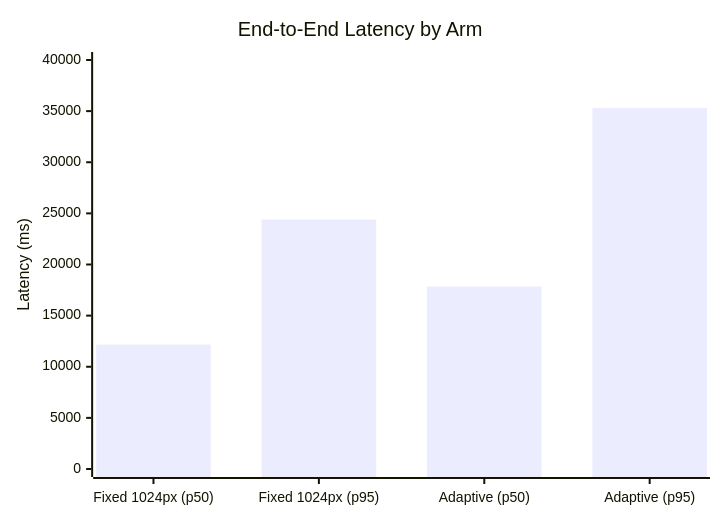
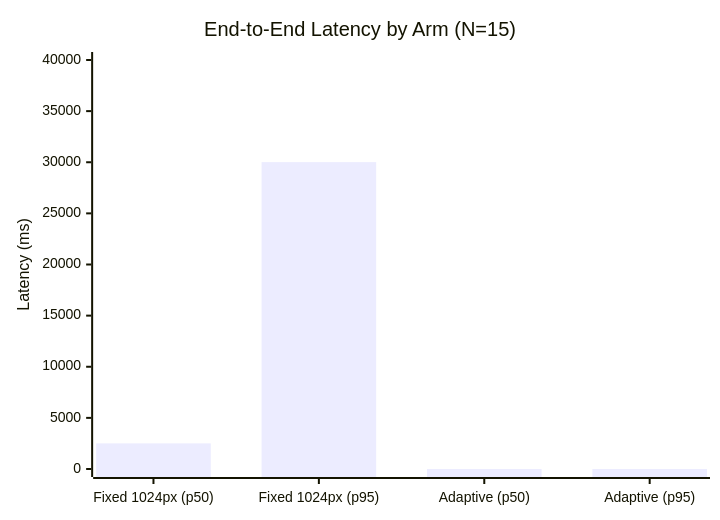
The diagram in docs/REPORT.md (VedantMane2006/slate), drawn with Mermaid before and after one commit. The commit also changed other lines of this file and 27 other files, not shown here.

````diff
--- a/docs/REPORT.md
+++ b/docs/REPORT.md
@@ -26,7 +26,7 @@
 ```mermaid
 xychart-beta
-    title "End-to-End Latency by Arm"
+    title "End-to-End Latency by Arm (N=15)"
     x-axis ["Fixed 1024px (p50)", "Fixed 1024px (p95)", "Adaptive (p50)", "Adaptive (p95)"]
     y-axis "Latency (ms)" 0 --> 40000
-    bar [12169, 24400, 17846, 35300]
+    bar [2508, 30012, 0, 0]
 ```
````
